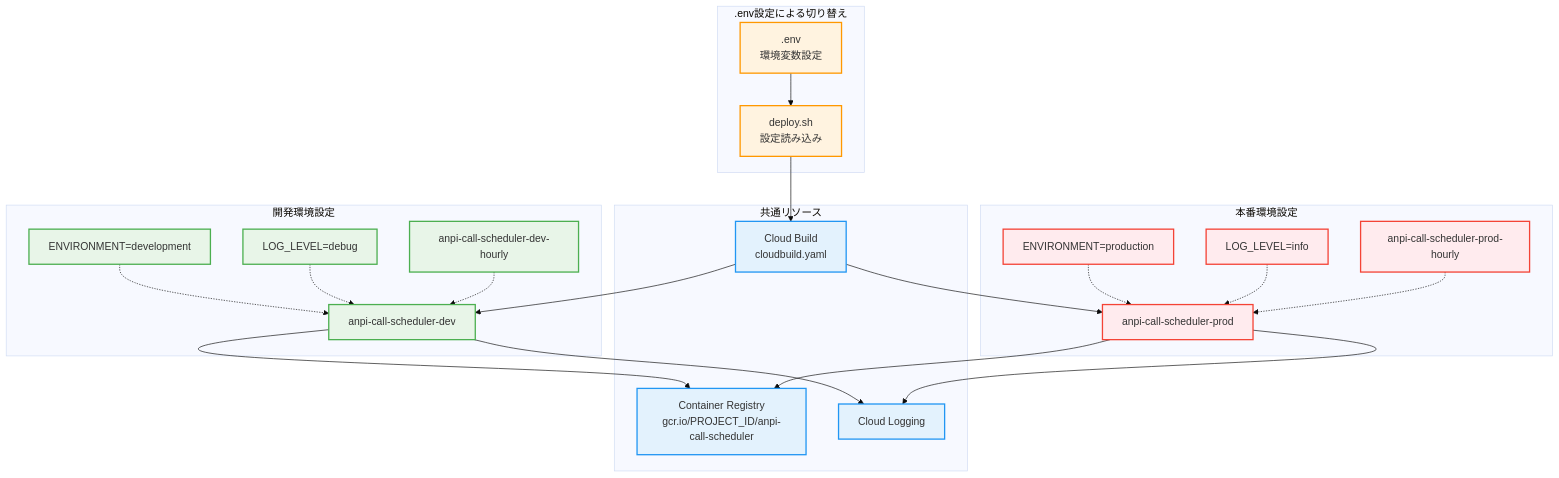
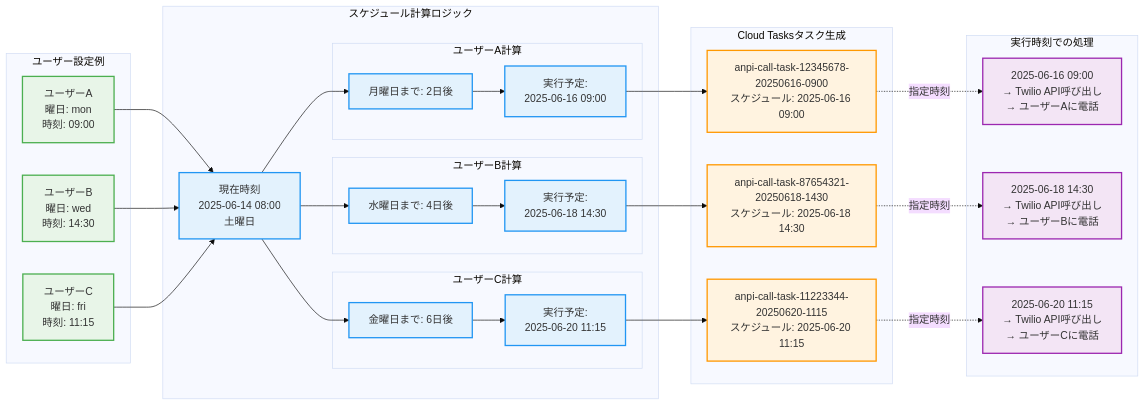
Before and after one commit to univac-1/google-cloud-japan-ai-hackathon-vol2: the fifth of 5 diagrams in anpi-call-scheduler/docs/system-architecture.md, drawn with Mermaid (base theme). The commit also changed other lines of this file and 2 other files, not shown here.

First line of the commit message:
Add detailed processing flow documentation for 安否確認スケジューラー

````diff
--- a/anpi-call-scheduler/docs/system-architecture.md
+++ b/anpi-call-scheduler/docs/system-architecture.md
@@ -248,57 +245,71 @@
 ```mermaid
-graph TB
-    subgraph "開発環境設定"
-        DEV_ENV[ENVIRONMENT=development]
-        DEV_LOG[LOG_LEVEL=debug]
-        DEV_JOB[anpi-call-scheduler-dev]
-        DEV_SCHED[anpi-call-scheduler-dev-hourly]
+flowchart LR
+    subgraph "ユーザー設定例"
+        USER1[ユーザーA<br/>曜日: mon<br/>時刻: 09:00]
+        USER2[ユーザーB<br/>曜日: wed<br/>時刻: 14:30]
+        USER3[ユーザーC<br/>曜日: fri<br/>時刻: 11:15]
     end
     
-    subgraph "本番環境設定"
-        PROD_ENV[ENVIRONMENT=production]
-        PROD_LOG[LOG_LEVEL=info]
-        PROD_JOB[anpi-call-scheduler-prod]
-        PROD_SCHED[anpi-call-scheduler-prod-hourly]
+    subgraph "スケジュール計算ロジック"
+        NOW[現在時刻<br/>2025-06-14 08:00<br/>土曜日]
+        
+        subgraph "ユーザーA計算"
+            CALC_A1[月曜日まで: 2日後]
+            CALC_A2[実行予定:<br/>2025-06-16 09:00]
+        end
+        
+        subgraph "ユーザーB計算"
+            CALC_B1[水曜日まで: 4日後]
+            CALC_B2[実行予定:<br/>2025-06-18 14:30]
+        end
+        
+        subgraph "ユーザーC計算"
+            CALC_C1[金曜日まで: 6日後]
+            CALC_C2[実行予定:<br/>2025-06-20 11:15]
+        end
     end
     
-    subgraph "共通リソース"
-        CR[Container Registry<br/>gcr.io/PROJECT_ID/anpi-call-scheduler]
-        CL[Cloud Logging]
-        CB[Cloud Build<br/>cloudbuild.yaml]
+    subgraph "Cloud Tasksタスク生成"
+        TASK_A[anpi-call-task-12345678-20250616-0900<br/>スケジュール: 2025-06-16 09:00]
+        TASK_B[anpi-call-task-87654321-20250618-1430<br/>スケジュール: 2025-06-18 14:30]
+        TASK_C[anpi-call-task-11223344-20250620-1115<br/>スケジュール: 2025-06-20 11:15]
     end
     
-    subgraph ".env設定による切り替え"
-        ENV_FILE[.env<br/>環境変数設定]
-        DEPLOY_SCRIPT[deploy.sh<br/>設定読み込み]
+    subgraph "実行時刻での処理"
+        EXEC_A[2025-06-16 09:00<br/>→ Twilio API呼び出し<br/>→ ユーザーAに電話]
+        EXEC_B[2025-06-18 14:30<br/>→ Twilio API呼び出し<br/>→ ユーザーBに電話]
+        EXEC_C[2025-06-20 11:15<br/>→ Twilio API呼び出し<br/>→ ユーザーCに電話] 
     end
     
-    %% 共通リソース使用
-    DEV_JOB --> CR
-    PROD_JOB --> CR
-    DEV_JOB --> CL
-    PROD_JOB --> CL
+    %% フロー接続
+    USER1 --> NOW
+    USER2 --> NOW
+    USER3 --> NOW
     
-    %% デプロイメント
-    ENV_FILE --> DEPLOY_SCRIPT
-    DEPLOY_SCRIPT --> CB
-    CB --> DEV_JOB
-    CB --> PROD_JOB
+    NOW --> CALC_A1
+    NOW --> CALC_B1
+    NOW --> CALC_C1
     
-    %% 環境固有設定
-    DEV_ENV -.-> DEV_JOB
-    DEV_LOG -.-> DEV_JOB
-    DEV_SCHED -.-> DEV_JOB
-    PROD_ENV -.-> PROD_JOB
-    PROD_LOG -.-> PROD_JOB
-    PROD_SCHED -.-> PROD_JOB
+    CALC_A1 --> CALC_A2
+    CALC_B1 --> CALC_B2
+    CALC_C1 --> CALC_C2
     
-    classDef dev fill:#e8f5e8,stroke:#4caf50,stroke-width:2px
-    classDef prod fill:#ffebee,stroke:#f44336,stroke-width:2px
-    classDef shared fill:#e3f2fd,stroke:#2196f3,stroke-width:2px
-    classDef config fill:#fff3e0,stroke:#ff9800,stroke-width:2px
+    CALC_A2 --> TASK_A
+    CALC_B2 --> TASK_B
+    CALC_C2 --> TASK_C
     
-    class DEV_ENV,DEV_LOG,DEV_JOB,DEV_SCHED dev
-    class PROD_ENV,PROD_LOG,PROD_JOB,PROD_SCHED prod
-    class CR,CL,CB shared
-    class ENV_FILE,DEPLOY_SCRIPT config
+    TASK_A -.->|指定時刻| EXEC_A
+    TASK_B -.->|指定時刻| EXEC_B
+    TASK_C -.->|指定時刻| EXEC_C
+    
+    %% スタイリング
+    classDef user fill:#e8f5e8,stroke:#4caf50,stroke-width:2px
+    classDef calc fill:#e3f2fd,stroke:#2196f3,stroke-width:2px
+    classDef task fill:#fff3e0,stroke:#ff9800,stroke-width:2px
+    classDef exec fill:#f3e5f5,stroke:#9c27b0,stroke-width:2px
+    
+    class USER1,USER2,USER3 user
+    class NOW,CALC_A1,CALC_A2,CALC_B1,CALC_B2,CALC_C1,CALC_C2 calc
+    class TASK_A,TASK_B,TASK_C task
+    class EXEC_A,EXEC_B,EXEC_C exec
 ```
````
